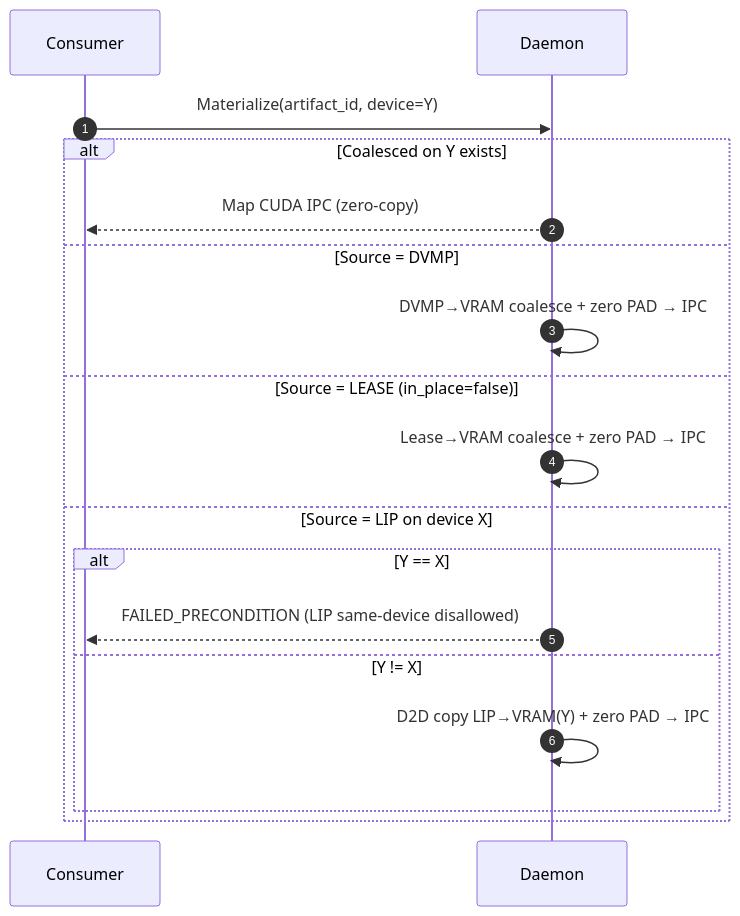
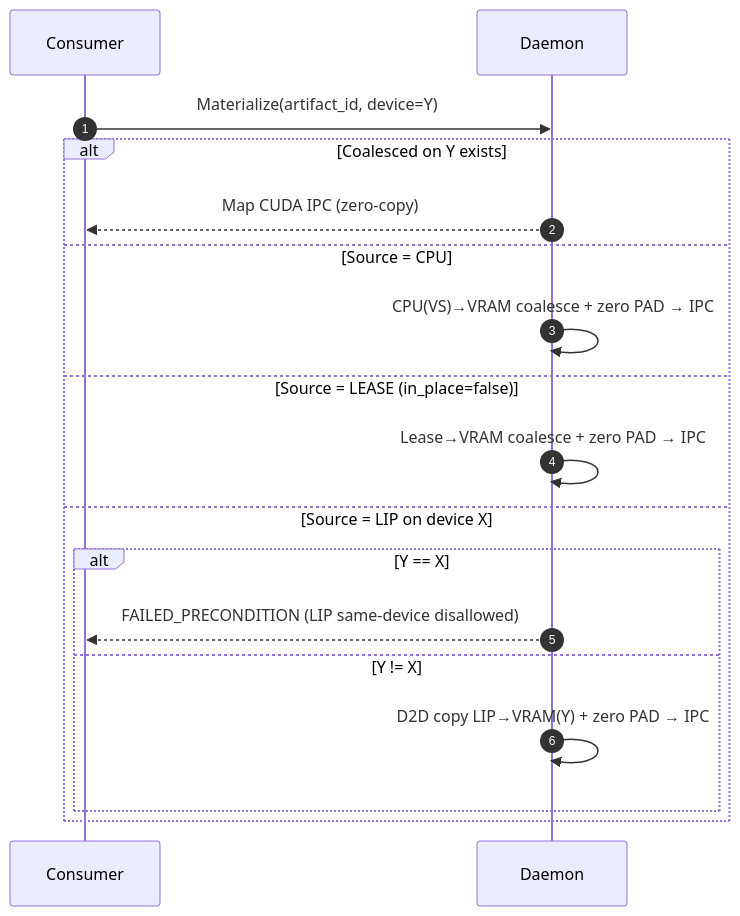
Before and after one commit to tensorcast-ai/tensorcast: the second of 2 diagrams in docs/designs/0003-unified-memory-registration-avbs-lip.md, drawn with Mermaid. The commit also changed other lines of this file and 155 other files, not shown here.

````diff
--- a/docs/designs/0003-unified-memory-registration-avbs-lip.md
+++ b/docs/designs/0003-unified-memory-registration-avbs-lip.md
@@ -146,21 +146,21 @@
 ```mermaid
 sequenceDiagram
   autonumber
   participant CON as Consumer
   participant DM as Daemon
 
   CON->>DM: Materialize(artifact_id, device=Y)
   alt Coalesced on Y exists
     DM-->>CON: Map CUDA IPC (zero‑copy)
-  else Source = DVMP
-    DM->>DM: DVMP→VRAM coalesce + zero PAD → IPC
+  else Source = CPU
+    DM->>DM: CPU(VS)→VRAM coalesce + zero PAD → IPC
   else Source = LEASE (in_place=false)
     DM->>DM: Lease→VRAM coalesce + zero PAD → IPC
   else Source = LIP on device X
     alt Y == X
       DM-->>CON: FAILED_PRECONDITION (LIP same‑device disallowed)
     else Y != X
       DM->>DM: D2D copy LIP→VRAM(Y) + zero PAD → IPC
     end
   end
 ```
````
